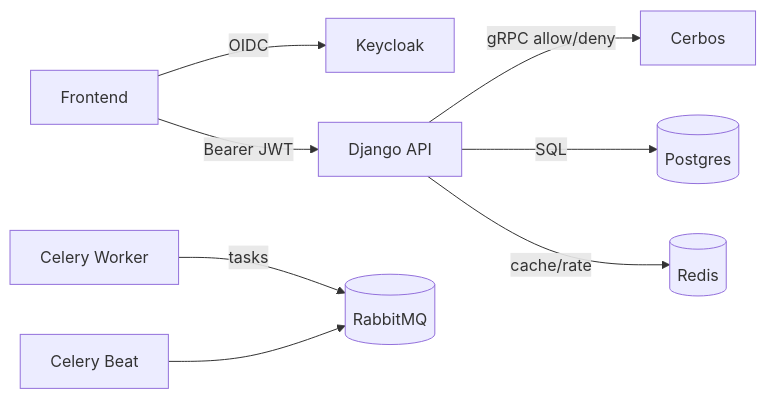
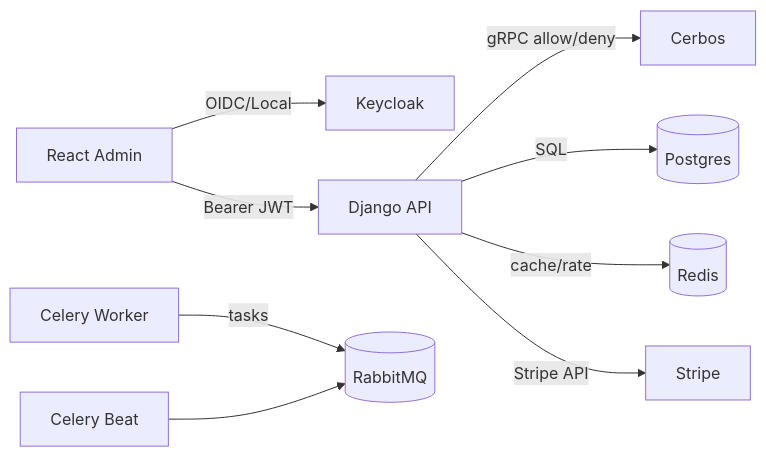
One commit to mjtechguy/django-boilerplate changed the first of 3 diagrams in README.md. Above: the diagram before and after it, drawn with Mermaid. The commit also changed other lines of this file, not shown here.

````diff
--- a/README.md
+++ b/README.md
@@ -35,10 +76,11 @@
 ```mermaid
 flowchart LR
-  FE[Frontend] -->|OIDC| KC[Keycloak]
+  FE[React Admin] -->|OIDC/Local| KC[Keycloak]
   FE -->|Bearer JWT| WEB[Django API]
   WEB -->|gRPC allow/deny| CER[Cerbos]
   WEB -->|SQL| PG[(Postgres)]
   WEB -->|cache/rate| RDS[(Redis)]
+  WEB -->|Stripe API| STRIPE[Stripe]
   CEL[Celery Worker] -->|tasks| RMQ[(RabbitMQ)]
   BEAT[Celery Beat] --> RMQ
 ```
````
